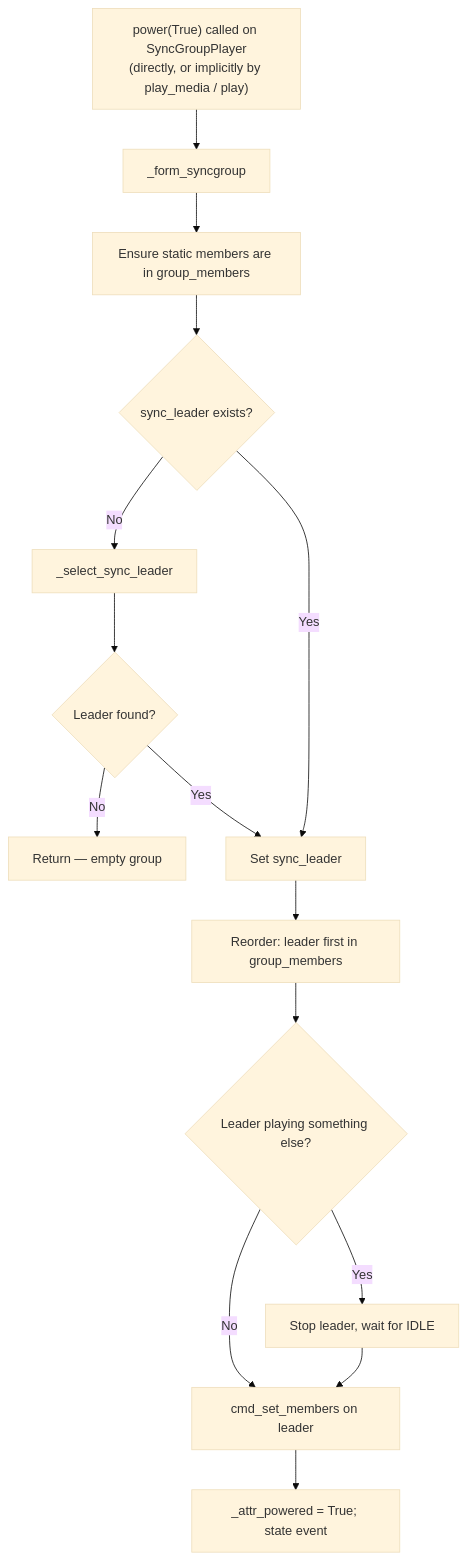
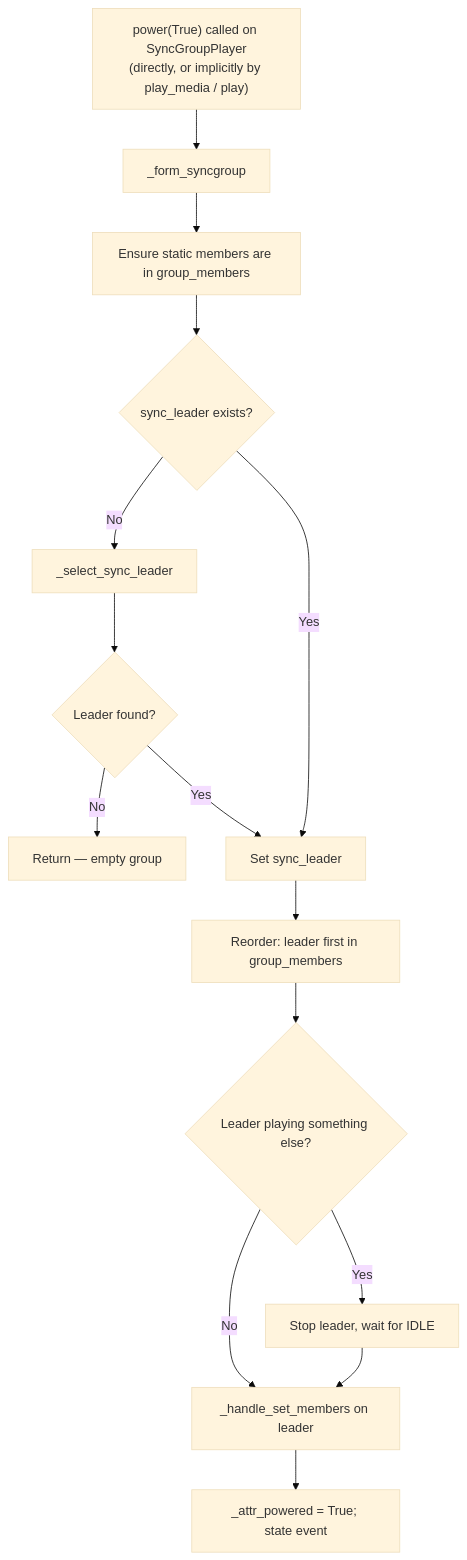
One commit to theturtle32/music-assistant-server changed the first of 4 diagrams in docs/architecture/06-grouping.md. Above: the diagram before and after it, drawn with Mermaid (base theme). The commit also changed other lines of this file, not shown here.

First line of the commit message:
docs(architecture): address Gemini review feedback on Stack 3

````diff
--- a/docs/architecture/06-grouping.md
+++ b/docs/architecture/06-grouping.md
@@ -96,17 +96,17 @@
 ```mermaid
 flowchart TD
     A["power(True) called on SyncGroupPlayer<br/>(directly, or implicitly by play_media / play)"] --> B[_form_syncgroup]
     B --> D[Ensure static members are in group_members]
     D --> E{sync_leader exists?}
     E -- No --> F[_select_sync_leader]
     F --> G{Leader found?}
     G -- No --> H[Return — empty group]
     G -- Yes --> I[Set sync_leader]
     E -- Yes --> I
     I --> J[Reorder: leader first in group_members]
-    J --> K{Leader playing something else?}
+    J -->     K{Leader playing something else?}
     K -- Yes --> N[Stop leader, wait for IDLE]
-    K -- No --> O[cmd_set_members on leader]
+    K -- No --> O[_handle_set_members on leader]
     N --> O
     O --> Z["_attr_powered = True; state event"]
 ```
````
